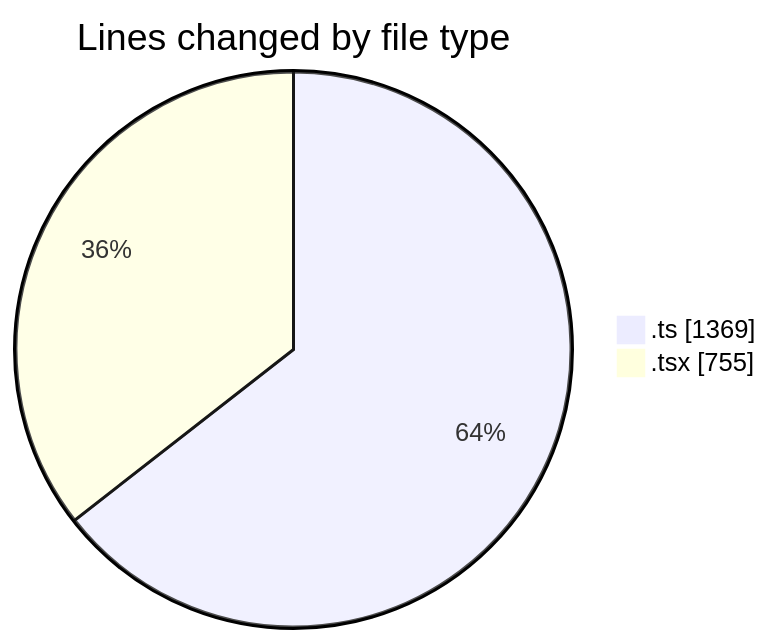
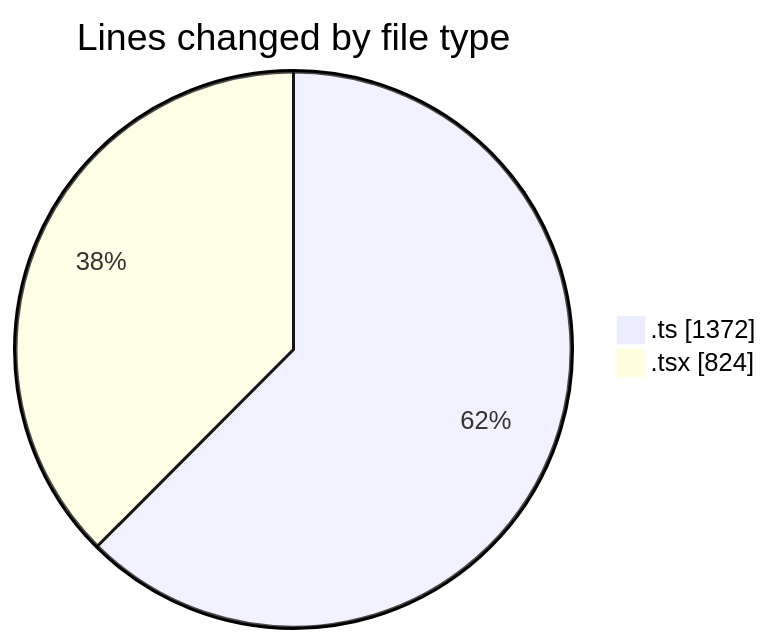
Before and after one commit to julien-gomy/code-tracking: the first of 2 diagrams in 2025-10-23/eventscop-frontend-guide__workspace_/README.md, drawn with Mermaid. The commit also changed other lines of this file and 1 other file, not shown here.

````diff
--- a/2025-10-23/eventscop-frontend-guide__workspace_/README.md
+++ b/2025-10-23/eventscop-frontend-guide__workspace_/README.md
@@ -26,6 +28,6 @@
 ```mermaid
 pie showData
 title Lines changed by file type
-".ts" : 1369
-".tsx" : 755
+".ts" : 1372
+".tsx" : 824
 ```
````
